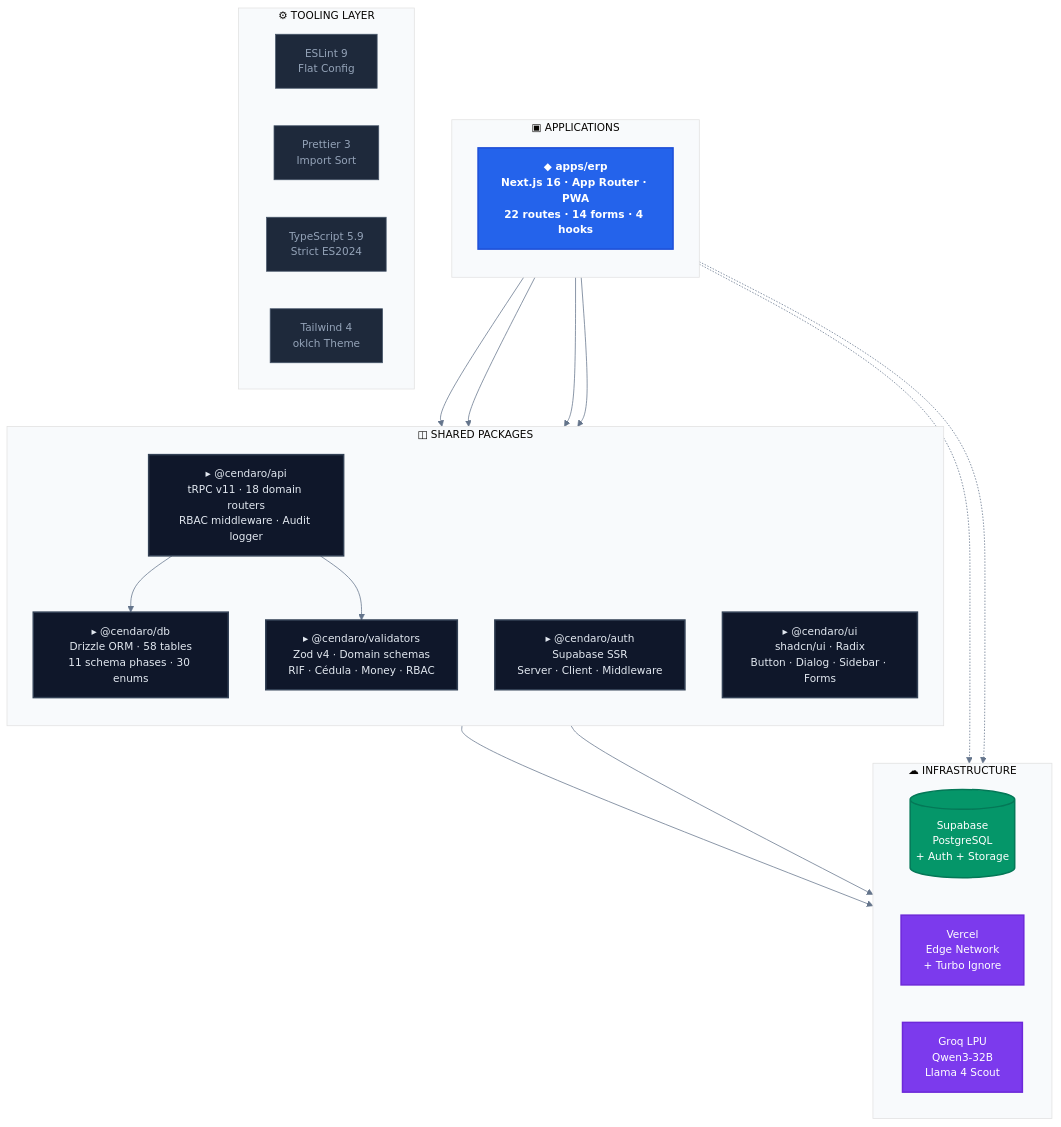
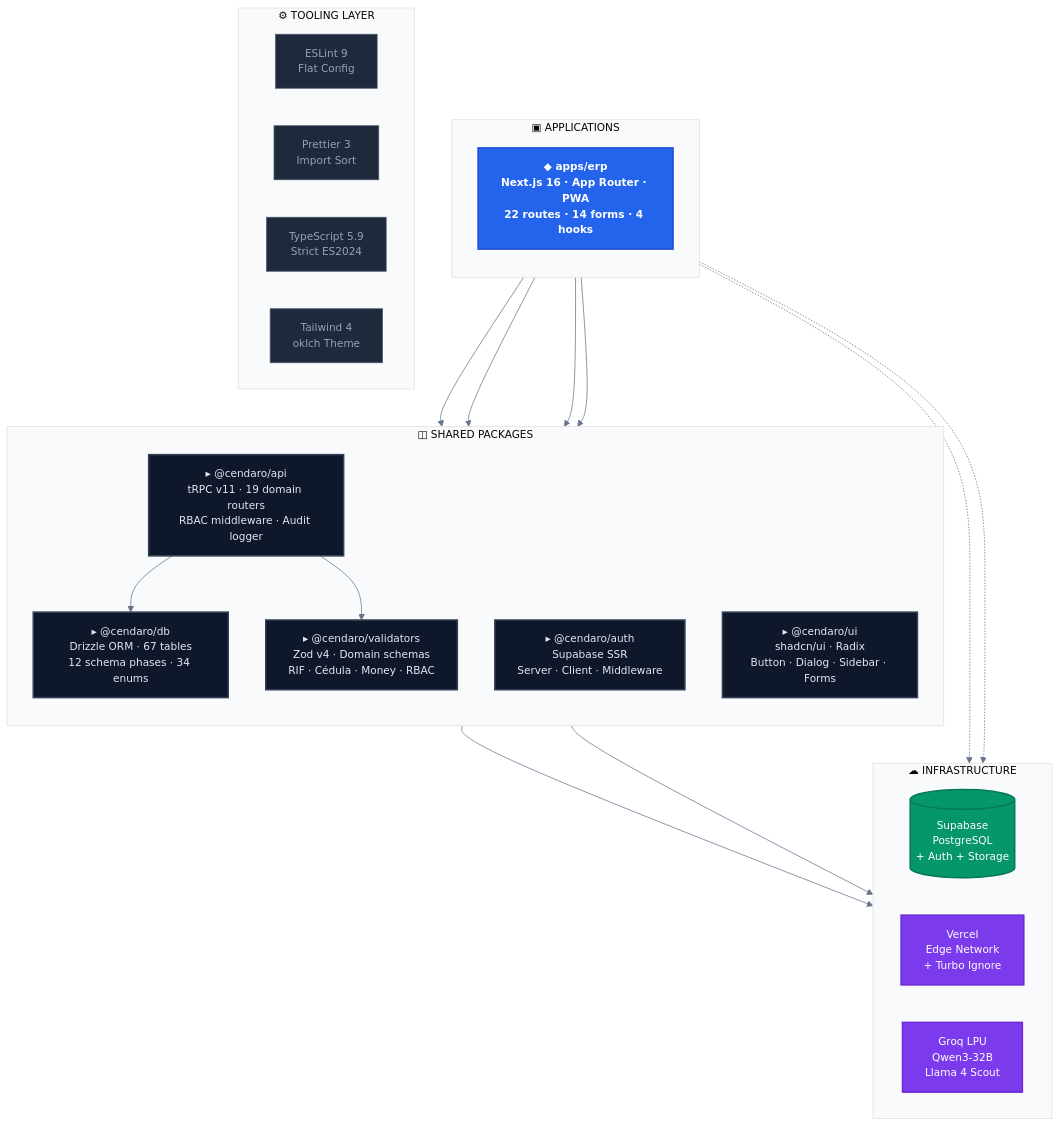
One commit to jesusjosezapata99-jpg/Cendaro changed the first of 9 diagrams in README.md. Above: the diagram before and after it, drawn with Mermaid. The commit also changed other lines of this file and 1 other file, not shown here.

Commit message:
feat: Introduce multi-tenancy (workspaces) and notification features, updating API, DB schema, UI, and documentation.

````diff
--- a/README.md
+++ b/README.md
@@ -41,50 +41,50 @@
 ```mermaid
 %%{init: {'theme': 'base', 'themeVariables': {'primaryColor': '#2463eb', 'primaryTextColor': '#fff', 'primaryBorderColor': '#1d4ed8', 'lineColor': '#64748b', 'secondaryColor': '#f1f5f9', 'tertiaryColor': '#f8fafc', 'fontSize': '14px'}}}%%
 
 graph TB
   classDef app fill:#2463eb,stroke:#1d4ed8,color:#fff,stroke-width:2px,font-weight:bold
   classDef pkg fill:#0f172a,stroke:#334155,color:#e2e8f0,stroke-width:2px
   classDef tool fill:#1e293b,stroke:#475569,color:#94a3b8,stroke-width:1px
   classDef infra fill:#059669,stroke:#047857,color:#fff,stroke-width:2px
   classDef external fill:#7c3aed,stroke:#6d28d9,color:#fff,stroke-width:2px
 
   subgraph APPS["▣  APPLICATIONS"]
     direction TB
     ERP["◆ apps/erp\nNext.js 16 · App Router · PWA\n22 routes · 14 forms · 4 hooks"]:::app
   end
 
   subgraph PACKAGES["◫  SHARED PACKAGES"]
     direction TB
-    API["▸ @cendaro/api\ntRPC v11 · 18 domain routers\nRBAC middleware · Audit logger"]:::pkg
-    DB["▸ @cendaro/db\nDrizzle ORM · 58 tables\n11 schema phases · 30 enums"]:::pkg
+    API["▸ @cendaro/api\ntRPC v11 · 19 domain routers\nRBAC middleware · Audit logger"]:::pkg
+    DB["▸ @cendaro/db\nDrizzle ORM · 67 tables\n12 schema phases · 34 enums"]:::pkg
     AUTH["▸ @cendaro/auth\nSupabase SSR\nServer · Client · Middleware"]:::pkg
     UI["▸ @cendaro/ui\nshadcn/ui · Radix\nButton · Dialog · Sidebar · Forms"]:::pkg
     VAL["▸ @cendaro/validators\nZod v4 · Domain schemas\nRIF · Cédula · Money · RBAC"]:::pkg
   end
 
   subgraph TOOLING["⚙  TOOLING LAYER"]
     direction LR
     T1["ESLint 9\nFlat Config"]:::tool
     T2["Prettier 3\nImport Sort"]:::tool
     T3["TypeScript 5.9\nStrict ES2024"]:::tool
     T4["Tailwind 4\noklch Theme"]:::tool
   end
 
   subgraph INFRA["☁  INFRASTRUCTURE"]
     direction LR
     SB[("Supabase\nPostgreSQL\n+ Auth + Storage")]:::infra
     VCL["Vercel\nEdge Network\n+ Turbo Ignore"]:::external
     GROQ["Groq LPU\nQwen3-32B\nLlama 4 Scout"]:::external
   end
 
   ERP --> API
   ERP --> AUTH
   ERP --> UI
   ERP --> VAL
   API --> DB
   API --> VAL
   DB --> SB
   AUTH --> SB
   ERP -.-> VCL
   ERP -.-> GROQ
 ```
````
